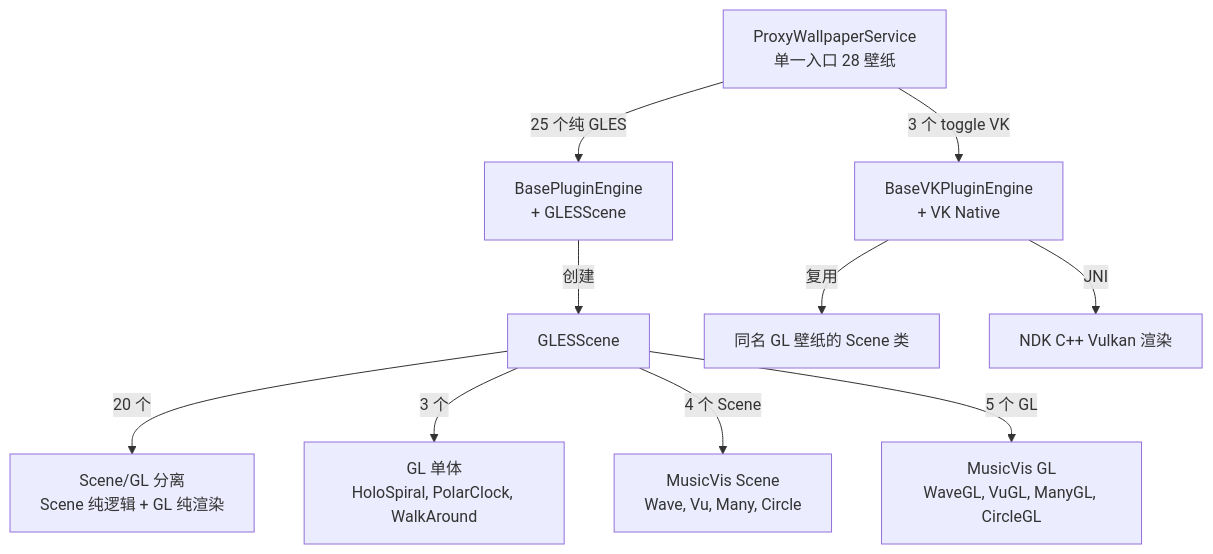
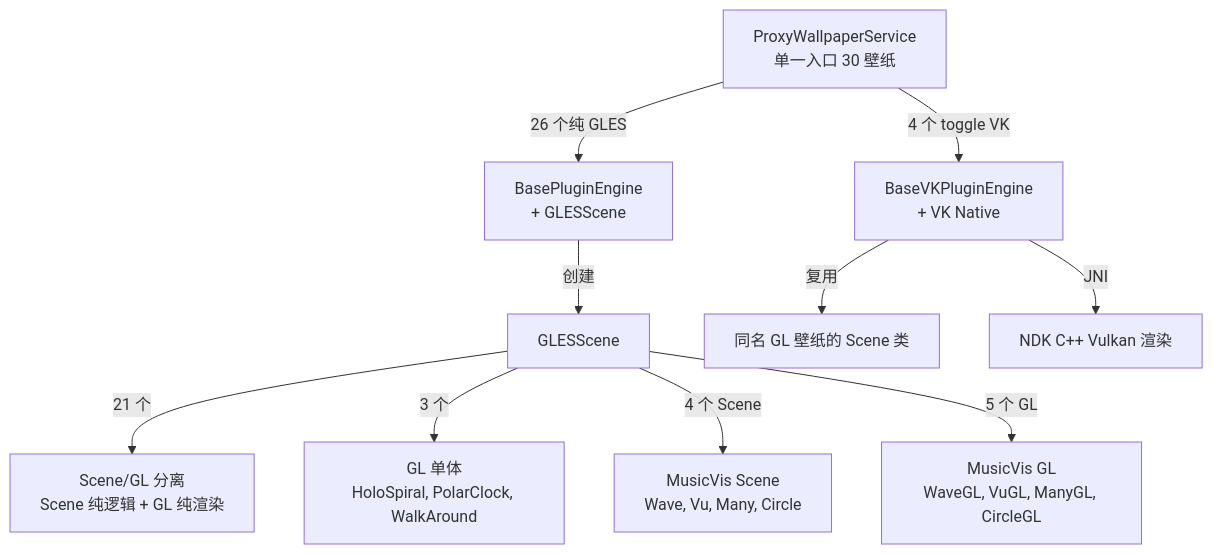
One commit to dynnbw/RE-Android-Live-Wallpapers changed the first of 3 diagrams in README.md. Above: the diagram before and after it, drawn with Mermaid. The commit also changed other lines of this file and 1 other file, not shown here.

````diff
--- a/README.md
+++ b/README.md
@@ -287,16 +300,16 @@
 ```mermaid
 graph TD
-    WS[ProxyWallpaperService<br/>单一入口 28 壁纸]
+    WS[ProxyWallpaperService<br/>单一入口 30 壁纸]
 
-    WS -->|25 个纯 GLES| GLW[BasePluginEngine<br/>+ GLESScene]
-    WS -->|3 个 toggle VK| VKW[BaseVKPluginEngine<br/>+ VK Native]
+    WS -->|26 个纯 GLES| GLW[BasePluginEngine<br/>+ GLESScene]
+    WS -->|4 个 toggle VK| VKW[BaseVKPluginEngine<br/>+ VK Native]
 
     GLW -->|创建| GLS[GLESScene]
-    GLS -->|20 个| SPLIT[Scene/GL 分离<br/>Scene 纯逻辑 + GL 纯渲染]
+    GLS -->|21 个| SPLIT[Scene/GL 分离<br/>Scene 纯逻辑 + GL 纯渲染]
     GLS -->|3 个| MONO[GL 单体<br/>HoloSpiral, PolarClock, WalkAround]
     GLS -->|4 个 Scene| MV[MusicVis Scene<br/>Wave, Vu, Many, Circle]
     GLS -->|5 个 GL| MVGL[MusicVis GL<br/>WaveGL, VuGL, ManyGL, CircleGL]
 
     VKW -->|复用| REUSE[同名 GL 壁纸的 Scene 类]
     VKW -->|JNI| NATIVE[NDK C++ Vulkan 渲染]
 ```
````
